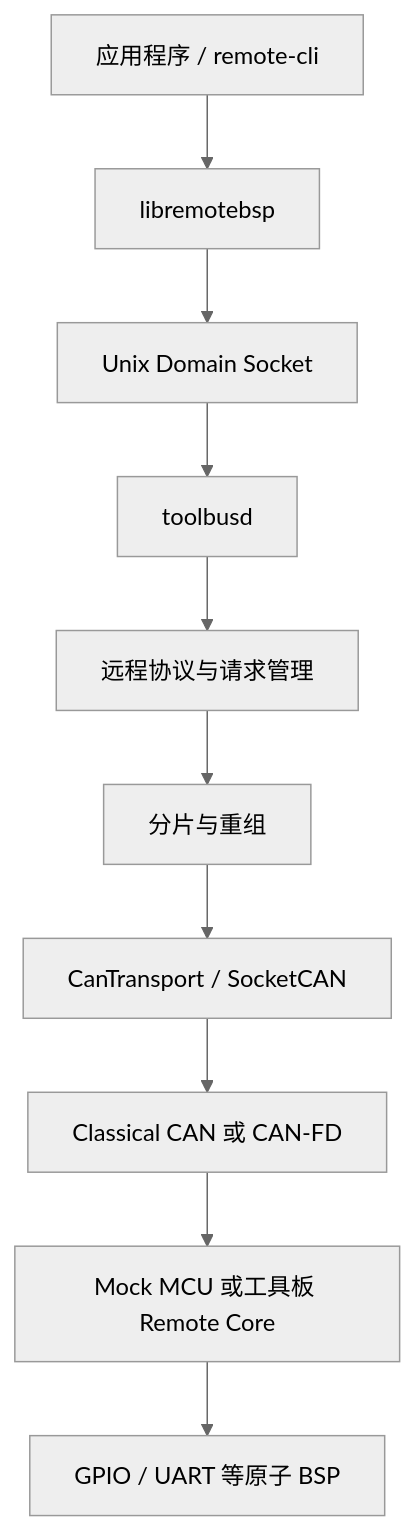
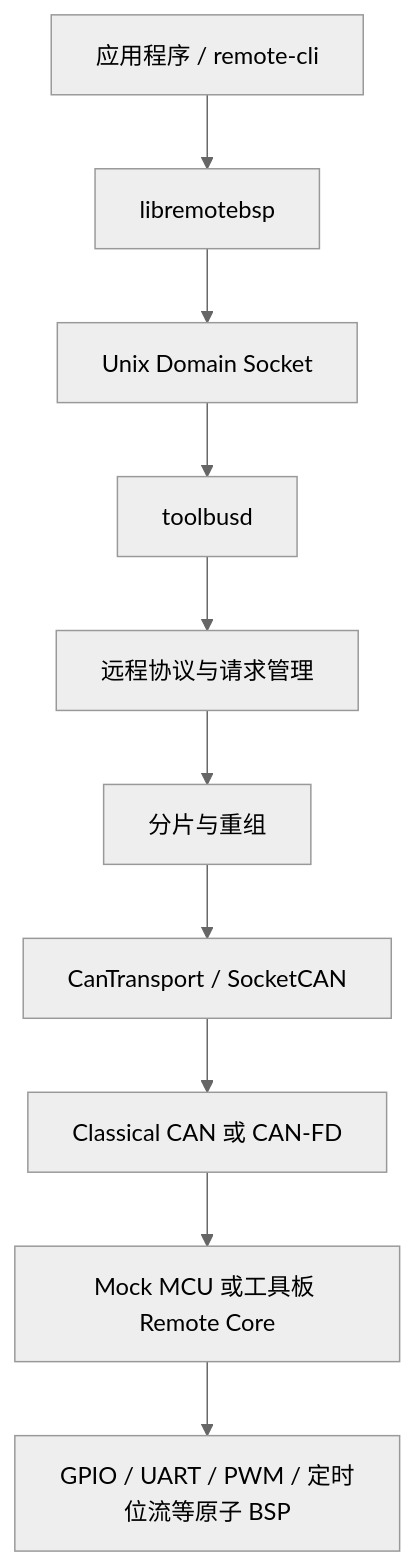
Before and after one commit to sendu2wfdx/RemoteBSP: the diagram in README.md, drawn with Mermaid (neutral theme). The commit also changed other lines of this file and 112 other files, not shown here.

Commit message:
完善运动内核、波形资源与图形配置器

````diff
--- a/README.md
+++ b/README.md
@@ -15,12 +15,12 @@
 ```mermaid
 flowchart TD
     A["应用程序 / remote-cli"] --> B["libremotebsp"]
     B --> C["Unix Domain Socket"]
     C --> D["toolbusd"]
     D --> E["远程协议与请求管理"]
     E --> F["分片与重组"]
     F --> G["CanTransport / SocketCAN"]
     G --> H["Classical CAN 或 CAN-FD"]
     H --> I["Mock MCU 或工具板 Remote Core"]
-    I --> J["GPIO / UART 等原子 BSP"]
+    I --> J["GPIO / UART / PWM / 定时位流等原子 BSP"]
 ```
````
